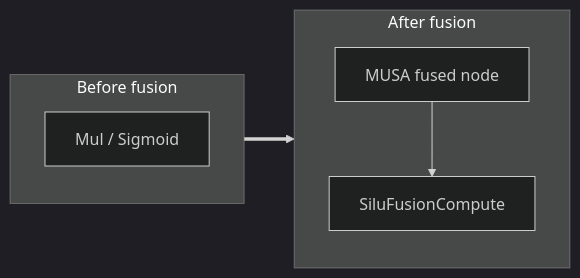
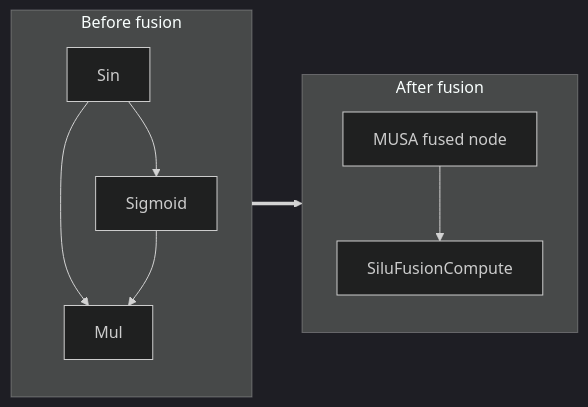
Before and after one commit to MooreThreads/onnxruntime-musa: the diagram in musa/docs/fusion/silu.md, drawn with Mermaid (dark theme). The commit also changed other lines of this file and 4 other files, not shown here.

````diff
--- a/musa/docs/fusion/silu.md
+++ b/musa/docs/fusion/silu.md
@@ -24,12 +24,17 @@
 ```mermaid
 flowchart LR
   subgraph Before[Before fusion]
-    B0["Mul / Sigmoid"]
+    B0["Sin"]
+    B1["Sigmoid"]
+    B2["Mul"]
+    B0 --> B1
+    B0 --> B2
+    B1 --> B2
   end
   subgraph After[After fusion]
     A0["MUSA fused node"]
     A1["SiluFusionCompute"]
     A0 --> A1
   end
   Before ==> After
 ```
````
